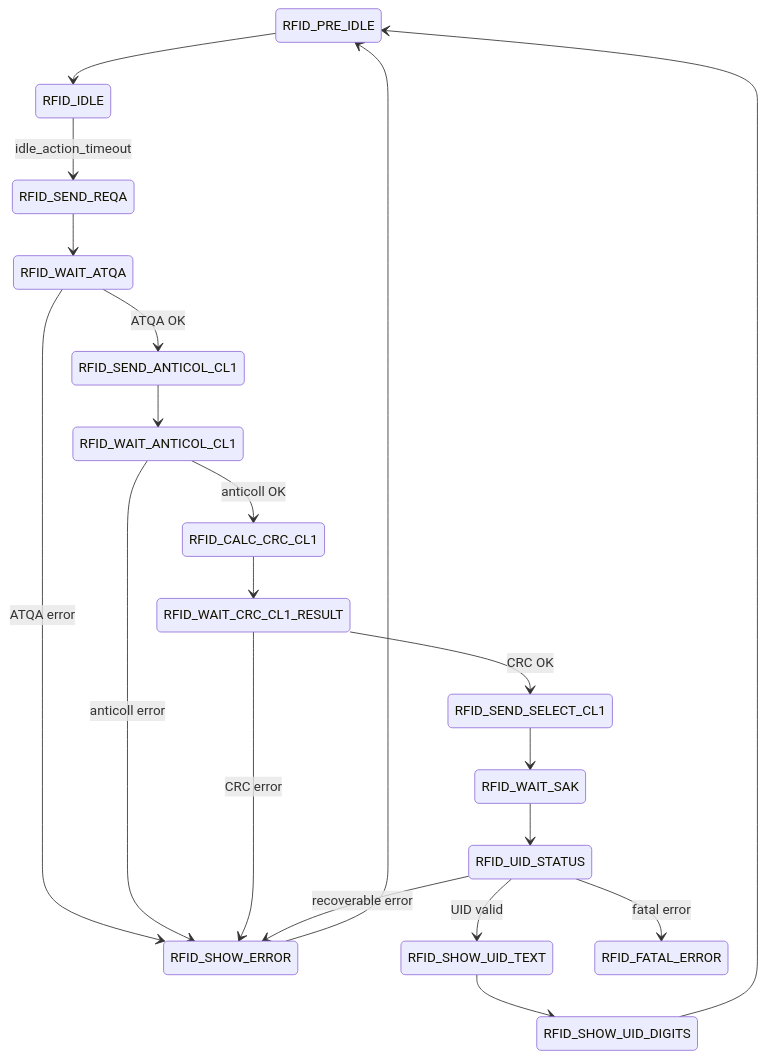
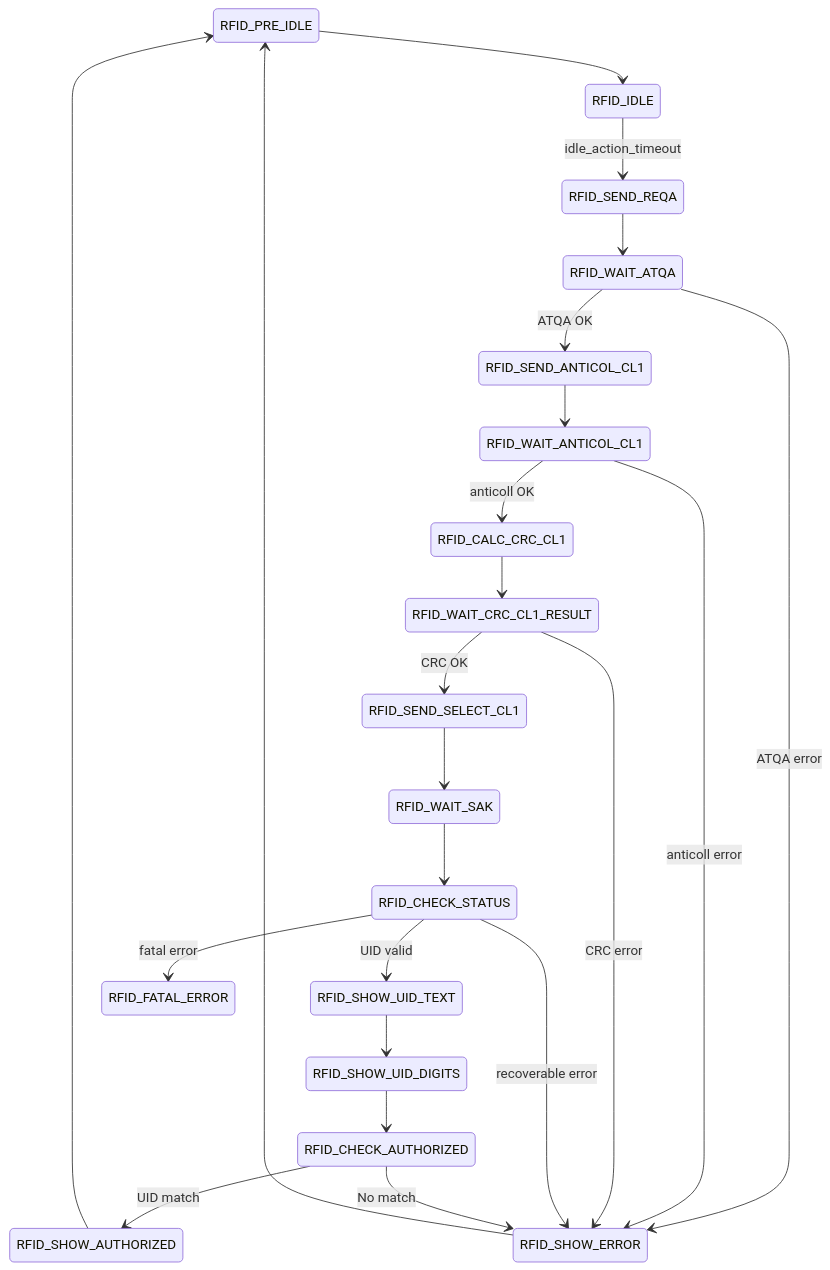
One commit to gadigidi/STM32_RFID changed the diagram in README.md. Above: the diagram before and after it, drawn with Mermaid. The commit also changed other lines of this file and 10 other files, not shown here.

````diff
--- a/README.md
+++ b/README.md
@@ -23,32 +23,36 @@
 ```mermaid
 stateDiagram-v2
     RFID_PRE_IDLE --> RFID_IDLE
 
     RFID_IDLE --> RFID_SEND_REQA : idle_action_timeout
     RFID_SEND_REQA --> RFID_WAIT_ATQA
 
     RFID_WAIT_ATQA --> RFID_SEND_ANTICOL_CL1 : ATQA OK
     RFID_WAIT_ATQA --> RFID_SHOW_ERROR : ATQA error
 
     RFID_SEND_ANTICOL_CL1 --> RFID_WAIT_ANTICOL_CL1
 
     RFID_WAIT_ANTICOL_CL1 --> RFID_CALC_CRC_CL1 : anticoll OK
     RFID_WAIT_ANTICOL_CL1 --> RFID_SHOW_ERROR : anticoll error
 
     RFID_CALC_CRC_CL1 --> RFID_WAIT_CRC_CL1_RESULT
 
     RFID_WAIT_CRC_CL1_RESULT --> RFID_SEND_SELECT_CL1 : CRC OK
     RFID_WAIT_CRC_CL1_RESULT --> RFID_SHOW_ERROR : CRC error
 
     RFID_SEND_SELECT_CL1 --> RFID_WAIT_SAK
-    RFID_WAIT_SAK --> RFID_UID_STATUS
+    RFID_WAIT_SAK --> RFID_CHECK_STATUS
 
-    RFID_UID_STATUS --> RFID_SHOW_UID_TEXT : UID valid
-    RFID_UID_STATUS --> RFID_SHOW_ERROR : recoverable error
-    RFID_UID_STATUS --> RFID_FATAL_ERROR : fatal error
+    RFID_CHECK_STATUS --> RFID_SHOW_UID_TEXT : UID valid
+    RFID_CHECK_STATUS --> RFID_SHOW_ERROR : recoverable error
+    RFID_CHECK_STATUS --> RFID_FATAL_ERROR : fatal error
 
     RFID_SHOW_UID_TEXT --> RFID_SHOW_UID_DIGITS
-    RFID_SHOW_UID_DIGITS --> RFID_PRE_IDLE
+    RFID_SHOW_UID_DIGITS --> RFID_CHECK_AUTHORIZED
+
+    RFID_CHECK_AUTHORIZED --> RFID_SHOW_AUTHORIZED: UID match
+    RFID_CHECK_AUTHORIZED --> RFID_SHOW_ERROR: No match
+    RFID_SHOW_AUTHORIZED --> RFID_PRE_IDLE
 
     RFID_SHOW_ERROR --> RFID_PRE_IDLE
 ```
````
